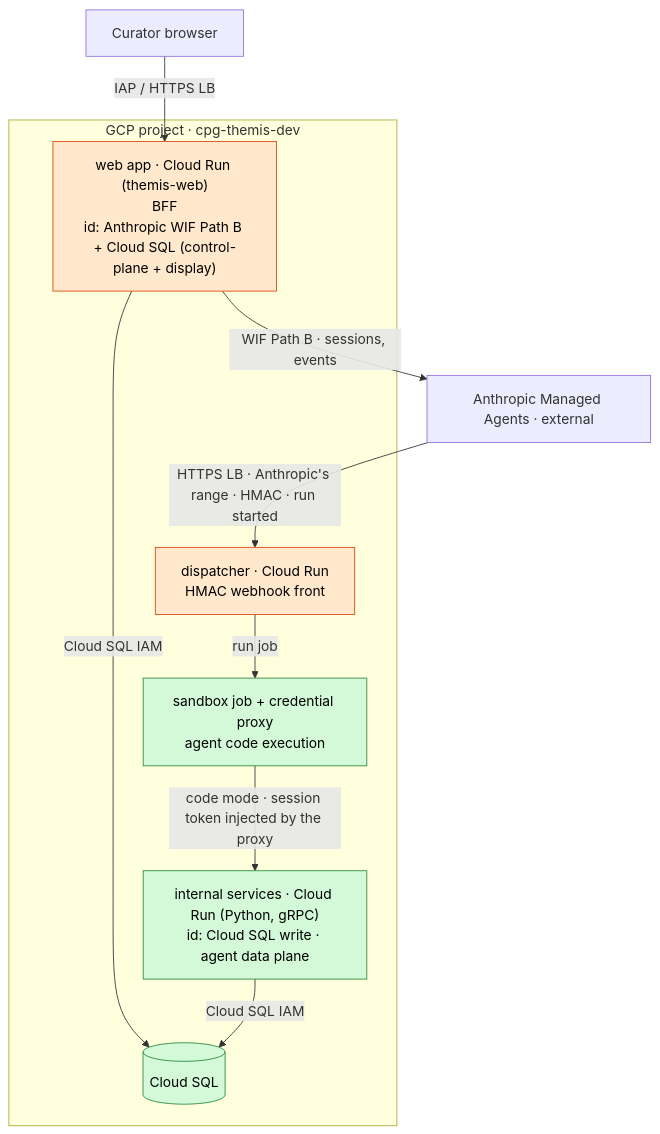
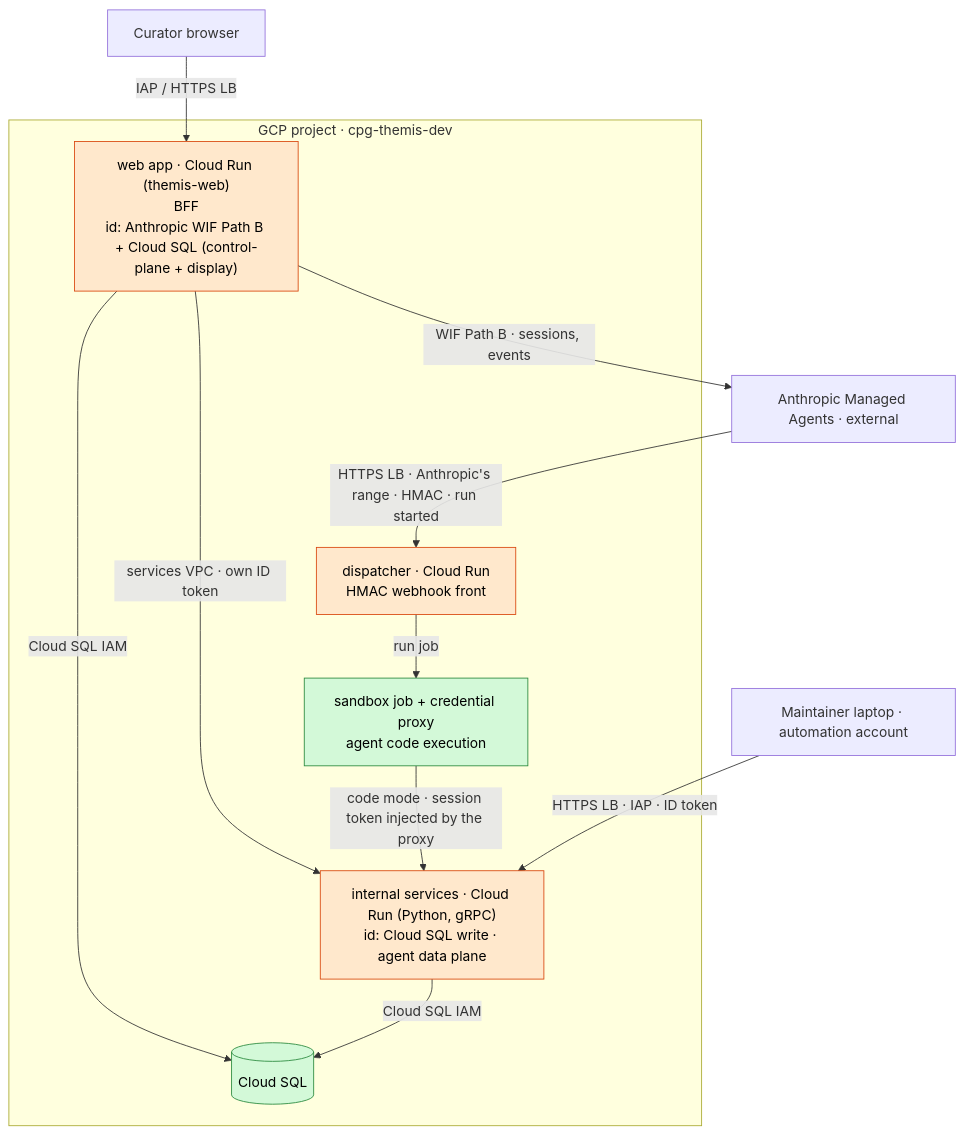
Before and after one commit to populationgenomics/themis: the diagram in docs/design/spike-infrastructure.md, drawn with Mermaid. The commit also changed other lines of this file and 6 other files, not shown here.

First line of the commit message:
docs: public ingress goes through IAP, or is a named exception (#861)

````diff
--- a/docs/design/spike-infrastructure.md
+++ b/docs/design/spike-infrastructure.md
@@ -139,24 +138,27 @@
 ```mermaid
 flowchart TB
   browser["Curator browser"]
   ma["Anthropic Managed Agents · external"]
+  operator["Maintainer laptop · automation account"]
   subgraph gcp["GCP project · cpg-themis-dev"]
     web["web app · Cloud Run (themis-web)<br/>BFF<br/>id: Anthropic WIF Path B + Cloud SQL (control-plane + display)"]
     disp["dispatcher · Cloud Run<br/>HMAC webhook front"]
     sandbox["sandbox job + credential proxy<br/>agent code execution"]
     svc["internal services · Cloud Run (Python, gRPC)<br/>id: Cloud SQL write · agent data plane"]
     sql[("Cloud SQL")]
   end
   browser -->|"IAP / HTTPS LB"| web
   web -->|"WIF Path B · sessions, events"| ma
   ma -->|"HTTPS LB · Anthropic's range · HMAC · run started"| disp
   disp -->|"run job"| sandbox
   sandbox -->|"code mode · session token injected by the proxy"| svc
+  web -->|"services VPC · own ID token"| svc
+  operator -->|"HTTPS LB · IAP · ID token"| svc
   web -->|"Cloud SQL IAM"| sql
   svc -->|"Cloud SQL IAM"| sql
 
   classDef public fill:#ffe8cc,stroke:#d9480f,color:#000
   classDef internal fill:#d3f9d8,stroke:#2b8a3e,color:#000
-  class web,disp public
-  class svc,sandbox,sql internal
+  class web,disp,svc public
+  class sandbox,sql internal
 ```
````
